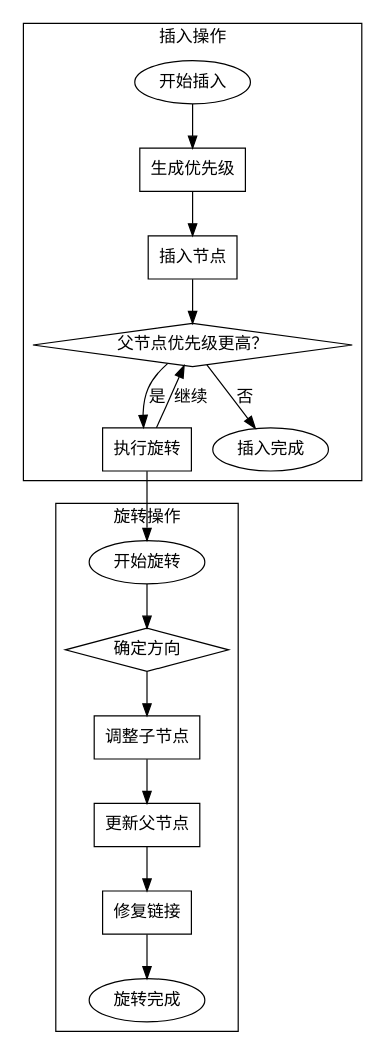
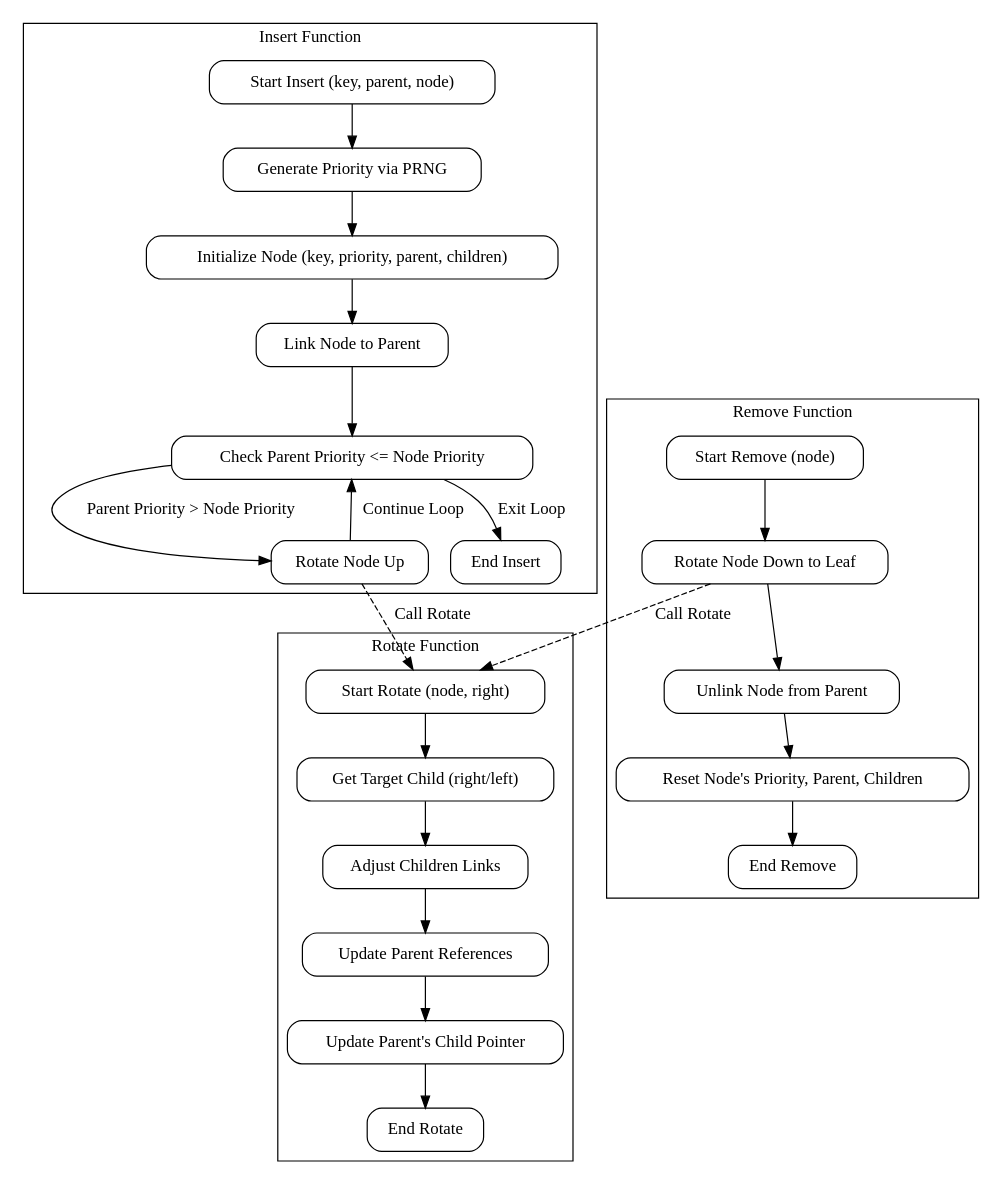
Before and after one commit to sdzx-1/deepseek-zig-reader: the diagram in dot_std/treap.zig.Treap.md, drawn with Graphviz. The commit also changed other lines of this file and 236 other files, not shown here.

````diff
--- a/dot_std/treap.zig.Treap.md
+++ b/dot_std/treap.zig.Treap.md
@@ -130,36 +19,53 @@
 ```dot
-digraph TreapOperations {
-    node [fontname="Arial", shape=rectangle];
-    edge [fontname="Arial"];
+digraph TreapFlowchart {
+    rankdir=TB;
+    node [shape=rectangle, style="rounded"];
 
+    // Insert Function
     subgraph cluster_insert {
-        label="插入操作";
-        insert_start [label="开始插入", shape=ellipse];
-        insert_generate [label="生成优先级"];
-        insert_node [label="插入节点"];
-        insert_check [label="父节点优先级更高？", shape=diamond];
-        insert_rotate [label="执行旋转"];
-        insert_end [label="插入完成", shape=ellipse];
+        label="Insert Function";
+        insert_start [label="Start Insert (key, parent, node)"];
+        insert_generate_priority [label="Generate Priority via PRNG"];
+        insert_initialize_node [label="Initialize Node (key, priority, parent, children)"];
+        insert_link_parent [label="Link Node to Parent"];
+        insert_check_parent_priority [label="Check Parent Priority <= Node Priority"];
+        insert_rotate_up [label="Rotate Node Up"];
+        insert_end [label="End Insert"];
 
-        insert_start -> insert_generate -> insert_node -> insert_check;
-        insert_check -> insert_rotate [label="是"];
-        insert_rotate -> insert_check [label="继续"];
-        insert_check -> insert_end [label="否"];
+        insert_start -> insert_generate_priority -> insert_initialize_node -> insert_link_parent;
+        insert_link_parent -> insert_check_parent_priority;
+        insert_check_parent_priority -> insert_rotate_up [label="Parent Priority > Node Priority"];
+        insert_rotate_up -> insert_check_parent_priority [label="Continue Loop"];
+        insert_check_parent_priority -> insert_end [label="Exit Loop"];
     }
 
-    subgraph cluster_rotate {
-        label="旋转操作";
-        rotate_start [label="开始旋转", shape=ellipse];
-        rotate_direction [label="确定方向", shape=diamond];
-        rotate_adjust [label="调整子节点"];
-        rotate_parents [label="更新父节点"];
-        rotate_fix [label="修复链接"];
-        rotate_end [label="旋转完成", shape=ellipse];
+    // Remove Function
+    subgraph cluster_remove {
+        label="Remove Function";
+        remove_start [label="Start Remove (node)"];
+        remove_rotate_down [label="Rotate Node Down to Leaf"];
+        remove_unlink_parent [label="Unlink Node from Parent"];
+        remove_cleanup [label="Reset Node's Priority, Parent, Children"];
+        remove_end [label="End Remove"];
 
-        rotate_start -> rotate_direction -> rotate_adjust -> rotate_parents -> rotate_fix -> rotate_end;
+        remove_start -> remove_rotate_down -> remove_unlink_parent -> remove_cleanup -> remove_end;
     }
 
-    // 插入操作调用旋转
-    insert_rotate -> rotate_start [ltail=cluster_insert, lhead=cluster_rotate];
+    // Rotate Function
+    subgraph cluster_rotate {
+        label="Rotate Function";
+        rotate_start [label="Start Rotate (node, right)"];
+        rotate_get_target [label="Get Target Child (right/left)"];
+        rotate_adjust_children [label="Adjust Children Links"];
+        rotate_adjust_parents [label="Update Parent References"];
+        rotate_fix_parent_link [label="Update Parent's Child Pointer"];
+        rotate_end [label="End Rotate"];
+
+        rotate_start -> rotate_get_target -> rotate_adjust_children -> rotate_adjust_parents -> rotate_fix_parent_link -> rotate_end;
+    }
+
+    // Global Connections
+    insert_rotate_up -> rotate_start [label="Call Rotate" style=dashed];
+    remove_rotate_down -> rotate_start [label="Call Rotate" style=dashed];
 }
 ```
````
